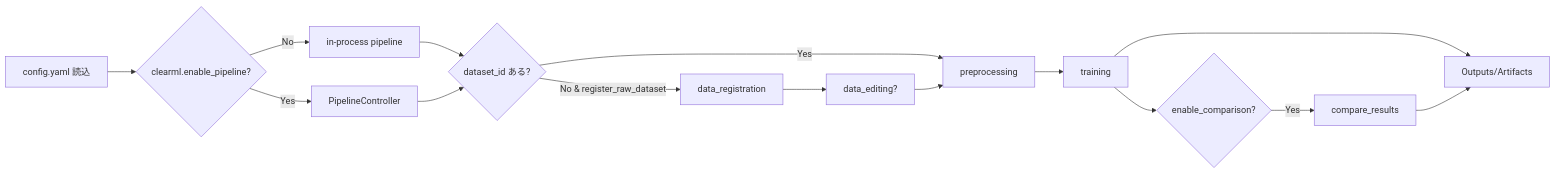
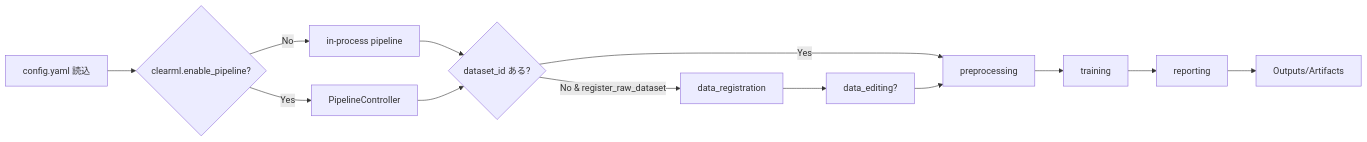
Before and after one commit to dkawa2523/automllibclearML2: the first of 14 diagrams in README_user.md, drawn with Mermaid. The commit also changed other lines of this file and 35 other files, not shown here.

````diff
--- a/README_user.md
+++ b/README_user.md
@@ -138,17 +146,15 @@
 ```mermaid
 flowchart LR
     A[config.yaml 読込] --> B{clearml.enable_pipeline?}
     B -- No --> C[in-process pipeline]
     B -- Yes --> D[PipelineController]
     C --> E{dataset_id ある?}
     D --> E
     E -- No & register_raw_dataset --> R[data_registration]
     R --> S[data_editing?]
     E -- Yes --> P[preprocessing]
     S --> P
     P --> T[training]
-    T --> U{enable_comparison?}
-    U -- Yes --> V[compare_results]
-    T --> W[Outputs/Artifacts]
-    V --> W
+    T --> RPT[reporting]
+    RPT --> W[Outputs/Artifacts]
 ```
````
